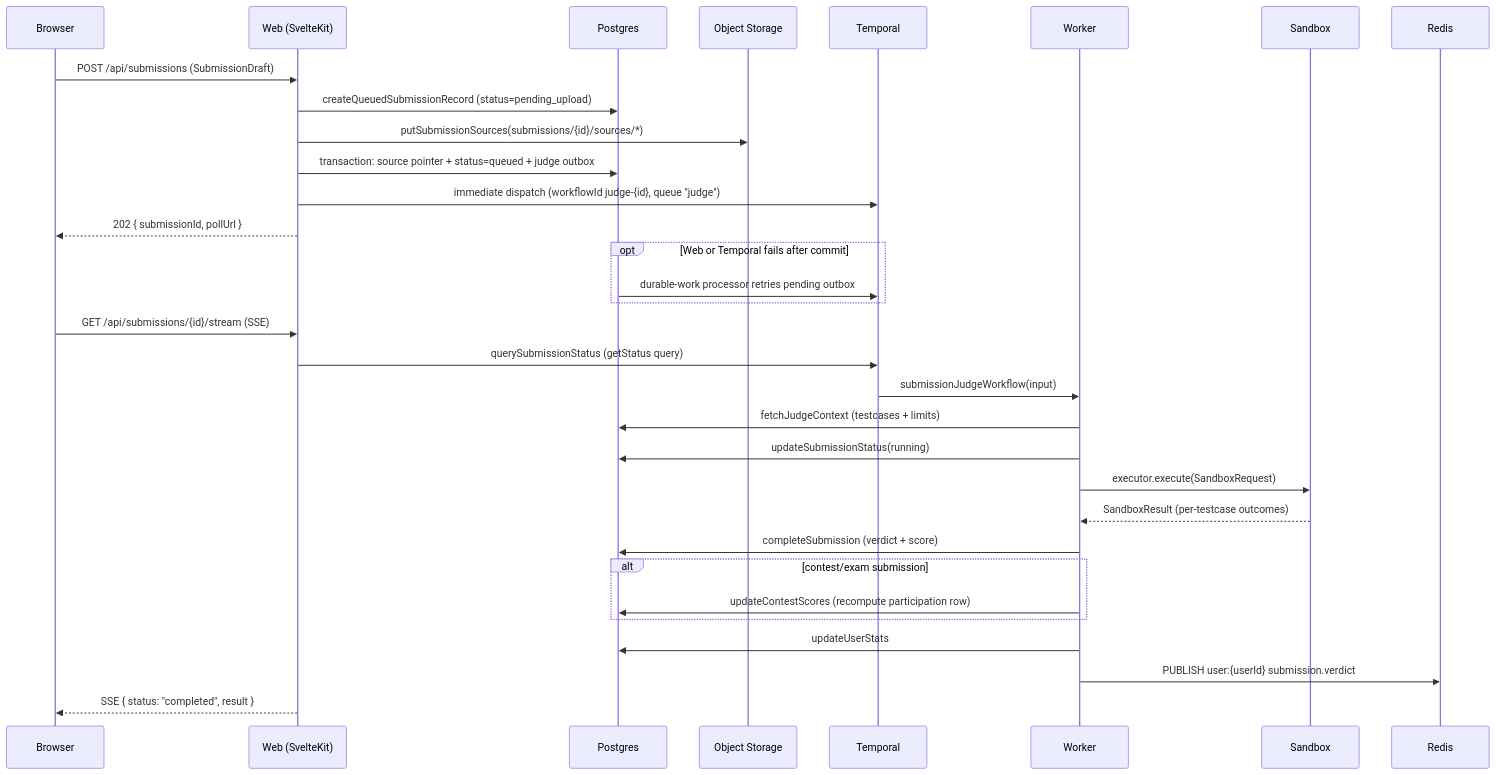
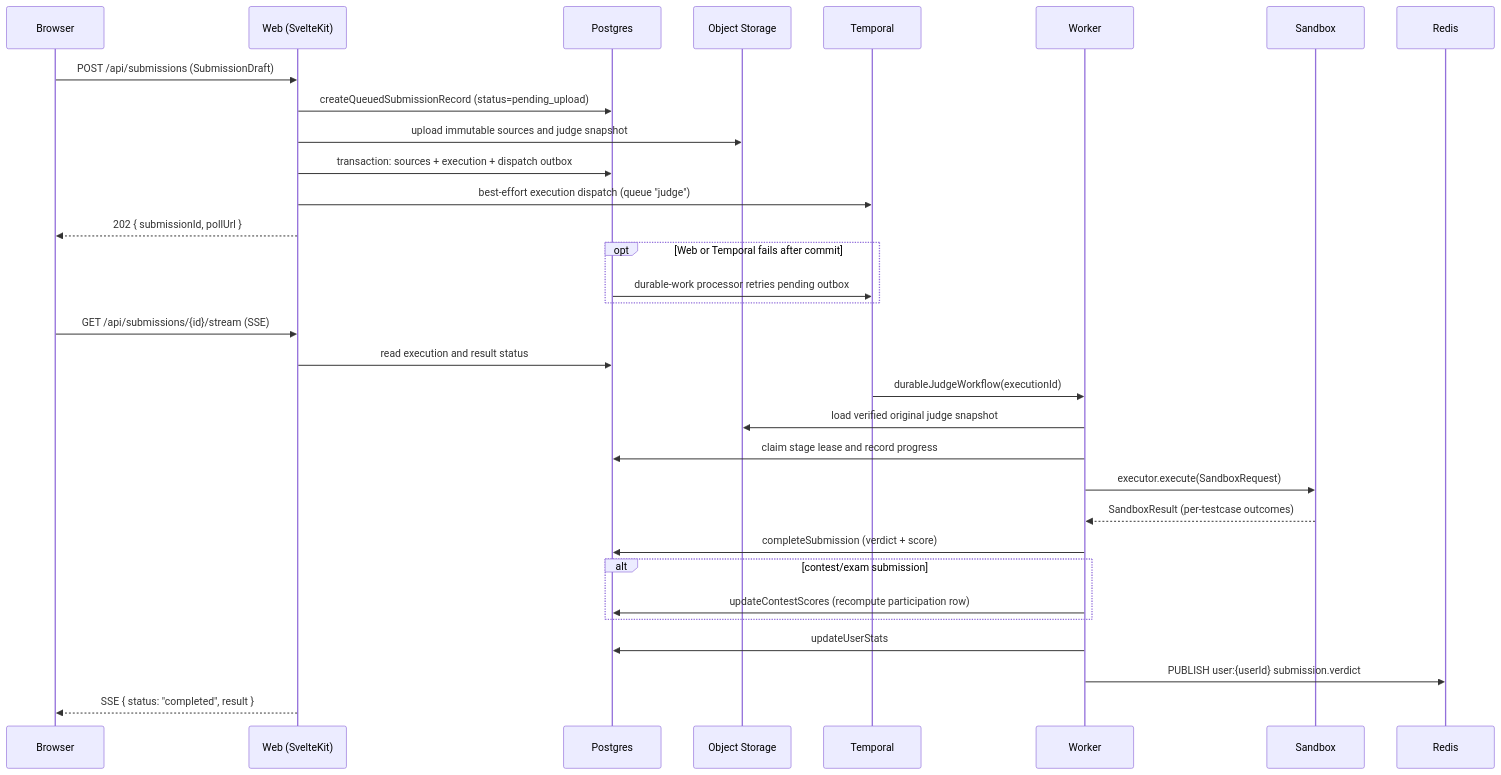
The second of 4 diagrams in docs/architecture/ARCHITECTURE.md (NOJV-TW/NOJV), drawn with Mermaid before and after one commit. The commit also changed other lines of this file and 90 other files, not shown here.

Commit message:
fix(judge): recover pinned executions with durable checkpoints

````diff
--- a/docs/architecture/ARCHITECTURE.md
+++ b/docs/architecture/ARCHITECTURE.md
@@ -338,40 +339,40 @@
 ```mermaid
 sequenceDiagram
     participant Browser
     participant Web as Web (SvelteKit)
     participant Postgres
     participant Storage as Object Storage
     participant Temporal
     participant Worker
     participant Sandbox
     participant Redis
 
     Browser->>Web: POST /api/submissions (SubmissionDraft)
     Web->>Postgres: createQueuedSubmissionRecord (status=pending_upload)
-    Web->>Storage: putSubmissionSources(submissions/{id}/sources/*)
-    Web->>Postgres: transaction: source pointer + status=queued + judge outbox
-    Web->>Temporal: immediate dispatch (workflowId judge-{id}, queue "judge")
+    Web->>Storage: upload immutable sources and judge snapshot
+    Web->>Postgres: transaction: sources + execution + dispatch outbox
+    Web->>Temporal: best-effort execution dispatch (queue "judge")
     Web-->>Browser: 202 { submissionId, pollUrl }
 
     opt Web or Temporal fails after commit
         Postgres->>Temporal: durable-work processor retries pending outbox
     end
 
     Browser->>Web: GET /api/submissions/{id}/stream (SSE)
-    Web->>Temporal: querySubmissionStatus (getStatus query)
+    Web->>Postgres: read execution and result status
 
-    Temporal->>Worker: submissionJudgeWorkflow(input)
-    Worker->>Postgres: fetchJudgeContext (testcases + limits)
-    Worker->>Postgres: updateSubmissionStatus(running)
+    Temporal->>Worker: durableJudgeWorkflow(executionId)
+    Worker->>Storage: load verified original judge snapshot
+    Worker->>Postgres: claim stage lease and record progress
     Worker->>Sandbox: executor.execute(SandboxRequest)
     Sandbox-->>Worker: SandboxResult (per-testcase outcomes)
     Worker->>Postgres: completeSubmission (verdict + score)
 
     alt contest/exam submission
         Worker->>Postgres: updateContestScores (recompute participation row)
     end
 
     Worker->>Postgres: updateUserStats
     Worker->>Redis: PUBLISH user:{userId} submission.verdict
     Web-->>Browser: SSE { status: "completed", result }
 ```
````
